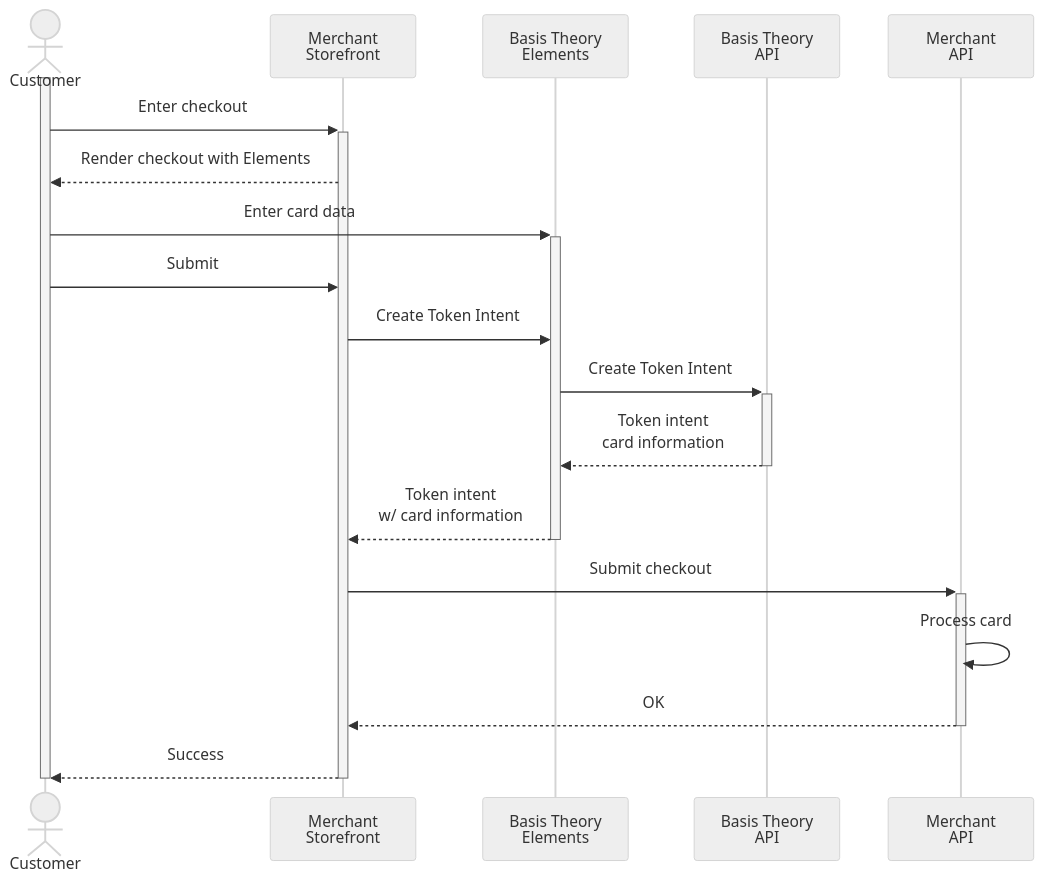
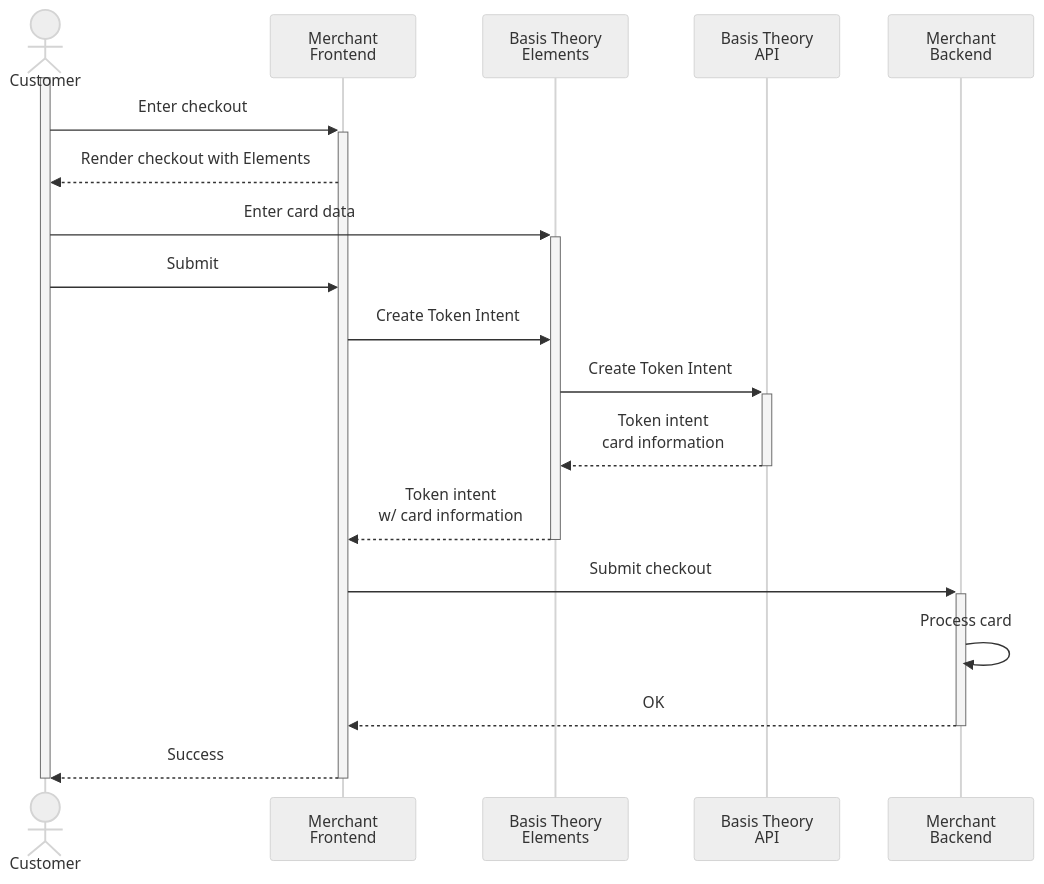
The diagram in docs/card-payments/replace-processor-iframes.mdx (Basis-Theory/developers.basistheory.com), drawn with Mermaid (neutral theme) before and after one commit. The commit also changed 10 other files, not shown here.

````diff
--- a/docs/card-payments/replace-processor-iframes.mdx
+++ b/docs/card-payments/replace-processor-iframes.mdx
@@ -23,23 +23,23 @@
 ```mermaid
   sequenceDiagram
     actor customer as Customer
-    participant storefront as Merchant<br>Storefront
+    participant frontend as Merchant<br>Frontend
     participant bte as Basis Theory<br>Elements
     participant bapi as Basis Theory<br>API
-    participant mapi as Merchant<br>API
+    participant mbe as Merchant<br>Backend
 
     activate customer
-    customer ->>+ storefront: Enter checkout
-    storefront -->> customer: Render checkout with Elements
+    customer ->>+ frontend: Enter checkout
+    frontend -->> customer: Render checkout with Elements
     customer ->>+ bte: Enter card data
-    customer ->> storefront: Submit
-    storefront ->> bte: Create Token Intent
+    customer ->> frontend: Submit
+    frontend ->> bte: Create Token Intent
     bte ->>+ bapi: Create Token Intent
     bapi -->>- bte:  Token intent<br>card information
-    bte -->>- storefront: Token intent<br>w/ card information
-    storefront ->>+ mapi: Submit checkout
-    mapi ->> mapi: Process card
-    mapi -->>- storefront: OK
-    storefront -->>- customer: Success
+    bte -->>- frontend: Token intent<br>w/ card information
+    frontend ->>+ mbe: Submit checkout
+    mbe ->> mbe: Process card
+    mbe -->>- frontend: OK
+    frontend -->>- customer: Success
     deactivate customer
 ```
````
